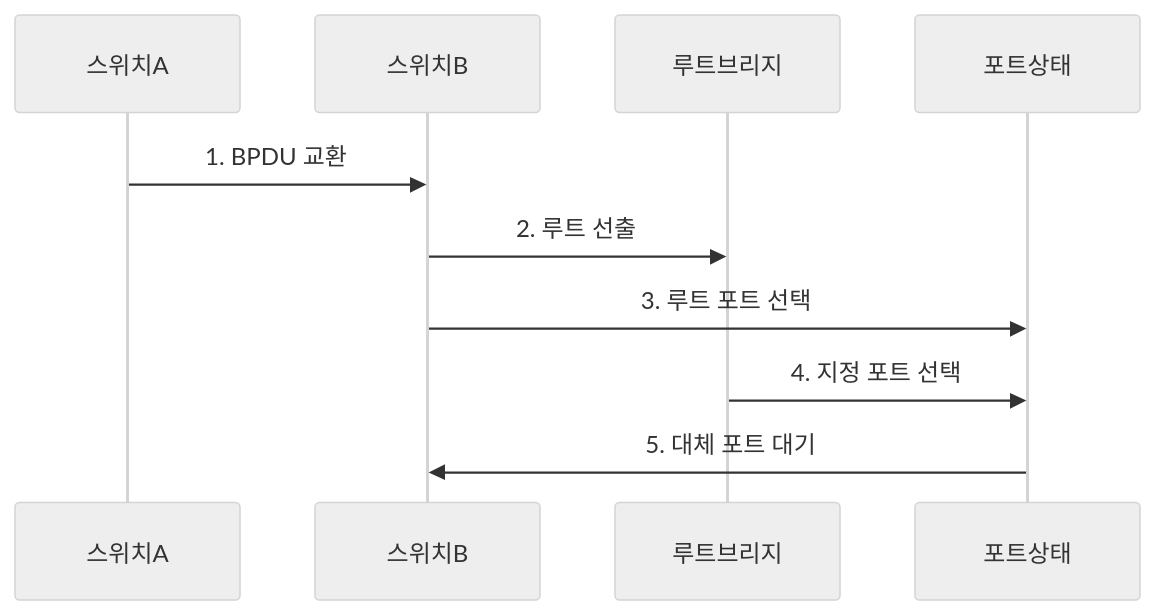
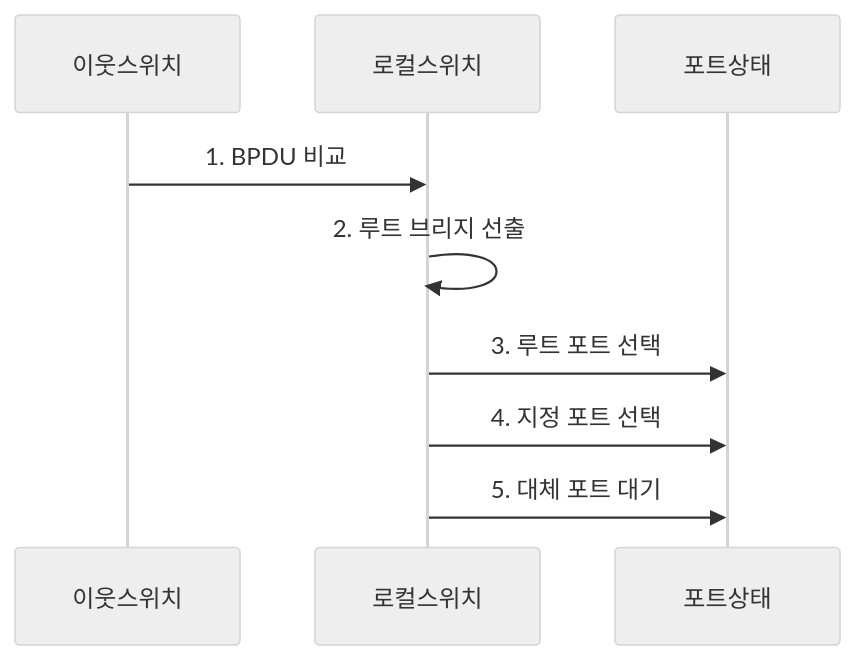
One commit to agnusdei1207/knowledge-base changed the second of 2 diagrams in src/content/docs/notes/04-network/017_stp_rstp_loop_prevention.md. Above: the diagram before and after it, drawn with Mermaid (neutral theme). The commit also changed other lines of this file and 20 other files, not shown here.

````diff
--- a/src/content/docs/notes/04-network/017_stp_rstp_loop_prevention.md
+++ b/src/content/docs/notes/04-network/017_stp_rstp_loop_prevention.md
@@ -85,12 +88,11 @@
 ```mermaid
 sequenceDiagram
-    participant 스위치A
-    participant 스위치B
-    participant 루트브리지
+    participant 이웃스위치
+    participant 로컬스위치
     participant 포트상태
-    스위치A->>스위치B: 1. BPDU 교환
-    스위치B->>루트브리지: 2. 루트 선출
-    스위치B->>포트상태: 3. 루트 포트 선택
-    루트브리지->>포트상태: 4. 지정 포트 선택
-    포트상태->>스위치B: 5. 대체 포트 대기
+    이웃스위치->>로컬스위치: 1. BPDU 비교
+    로컬스위치->>로컬스위치: 2. 루트 브리지 선출
+    로컬스위치->>포트상태: 3. 루트 포트 선택
+    로컬스위치->>포트상태: 4. 지정 포트 선택
+    로컬스위치->>포트상태: 5. 대체 포트 대기
 ```
````
